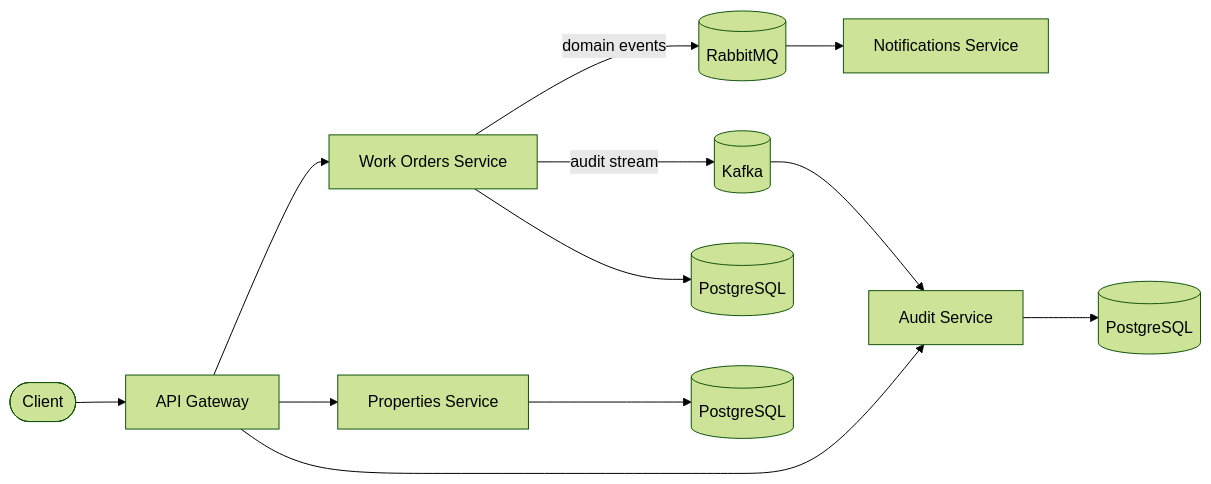
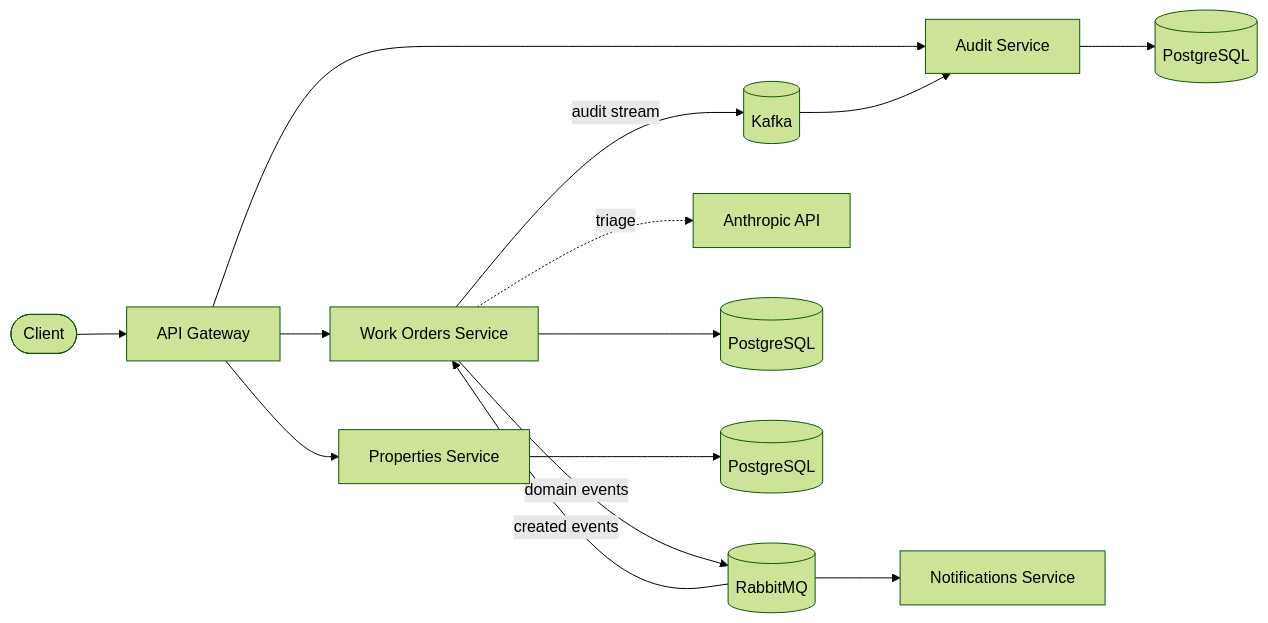
Before and after one commit to mhayk/propflow: the diagram in README.md, drawn with Mermaid (forest theme). The commit also changed other lines of this file and 16 other files, not shown here.

````diff
--- a/README.md
+++ b/README.md
@@ -18,14 +18,16 @@
 ```mermaid
 flowchart LR
     Client([Client]) --> GW[API Gateway]
     GW --> WO[Work Orders Service]
     GW --> PR[Properties Service]
     GW --> AU[Audit Service]
     WO -->|domain events| MQ[(RabbitMQ)]
     WO -->|audit stream| KF[(Kafka)]
+    MQ -->|created events| WO
+    WO -.->|triage| AI[Anthropic API]
     MQ --> NT[Notifications Service]
     KF --> AU
     WO --> DB1[(PostgreSQL)]
     PR --> DB2[(PostgreSQL)]
     AU --> DB3[(PostgreSQL)]
 ```
````
